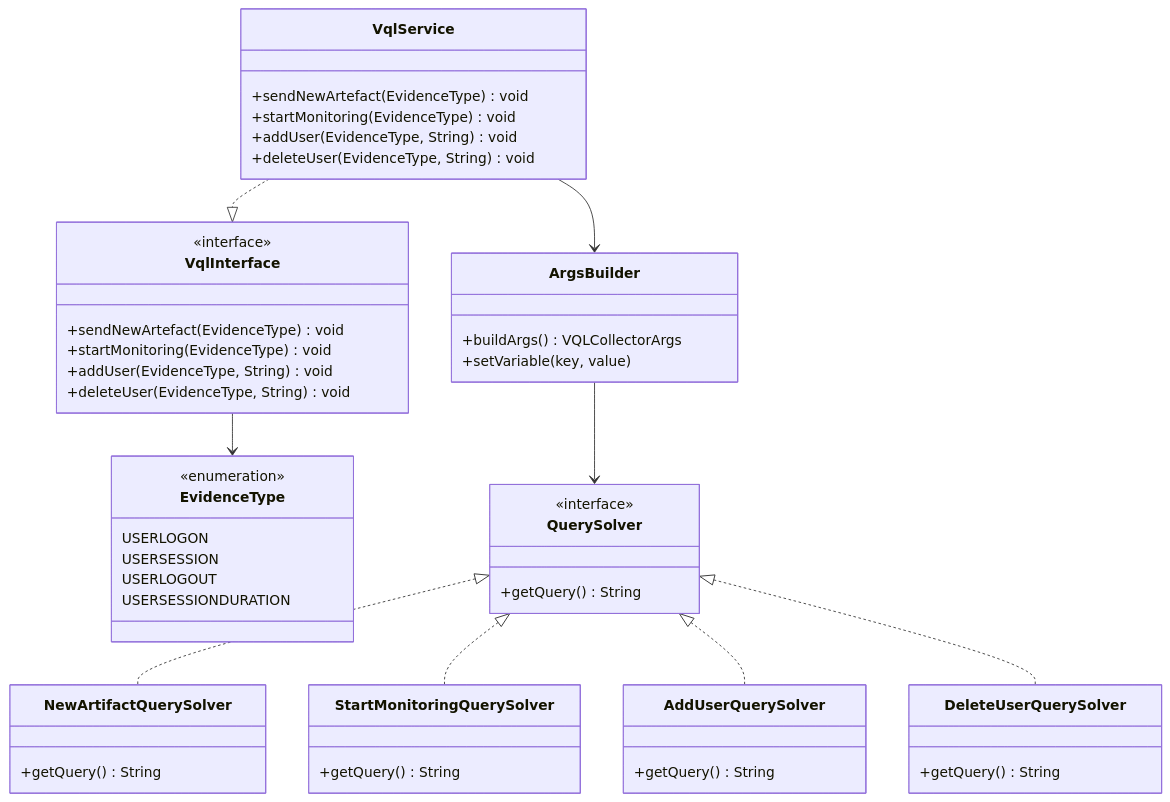
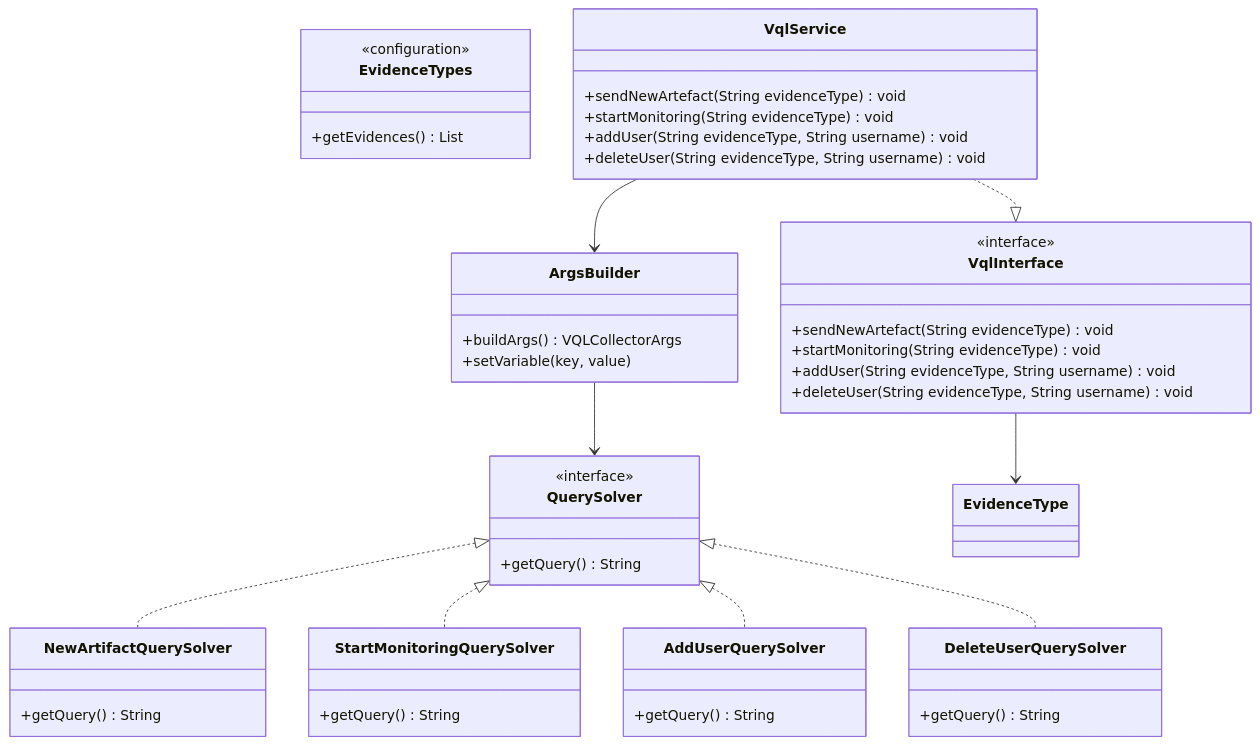
One commit to tfg-projects-dit-us/openc2consumer changed the second of 2 diagrams in README.md. Above: the diagram before and after it, drawn with Mermaid. The commit also changed other lines of this file and 2 other files, not shown here.

Commit message:
README mejorado

````diff
--- a/README.md
+++ b/README.md
@@ -68,44 +79,41 @@
 ```mermaid
 classDiagram
     class VqlInterface {
         <<interface>>
-        +sendNewArtefact(EvidenceType) void
-        +startMonitoring(EvidenceType) void
-        +addUser(EvidenceType, String) void
-        +deleteUser(EvidenceType, String) void
+        +sendNewArtefact(String evidenceType) void
+        +startMonitoring(String evidenceType) void
+        +addUser(String evidenceType, String username) void
+        +deleteUser(String evidenceType, String username) void
     }
-    class EvidenceType {
-        <<enumeration>>
-        USERLOGON
-        USERSESSION
-        USERLOGOUT
-        USERSESSIONDURATION
+    class EvidenceTypes {
+        <<configuration>>
+        +getEvidences() List<String>
     }
     class VqlService {
-        +sendNewArtefact(EvidenceType) void
-        +startMonitoring(EvidenceType) void
-        +addUser(EvidenceType, String) void
-        +deleteUser(EvidenceType, String) void
+        +sendNewArtefact(String evidenceType) void
+        +startMonitoring(String evidenceType) void
+        +addUser(String evidenceType, String username) void
+        +deleteUser(String evidenceType, String username) void
     }
     class QuerySolver {
         <<interface>>
         +getQuery() String
     }
     class ArgsBuilder {
         +buildArgs() VQLCollectorArgs
         +setVariable(key, value)
     }
     class NewArtifactQuerySolver { +getQuery() String }
     class StartMonitoringQuerySolver { +getQuery() String }
     class AddUserQuerySolver { +getQuery() String }
     class DeleteUserQuerySolver { +getQuery() String }
 
     VqlInterface --> EvidenceType
     VqlService ..|> VqlInterface
     VqlService --> ArgsBuilder
     ArgsBuilder --> QuerySolver
     QuerySolver <|.. NewArtifactQuerySolver
     QuerySolver <|.. StartMonitoringQuerySolver
     QuerySolver <|.. AddUserQuerySolver
     QuerySolver <|.. DeleteUserQuerySolver
 ```
````
